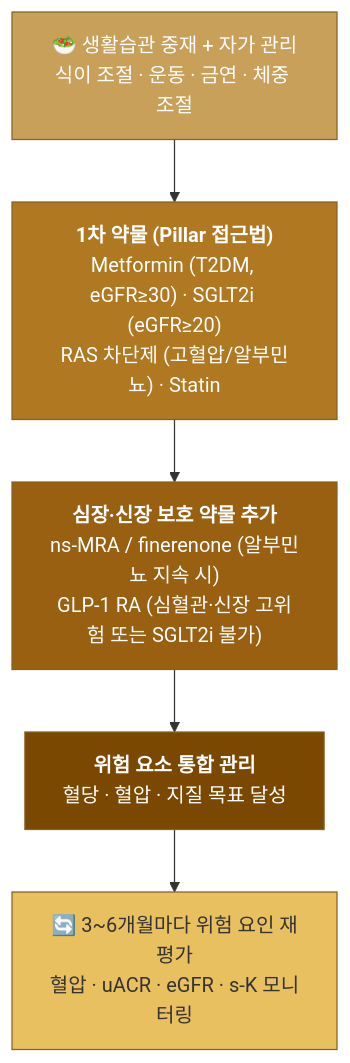
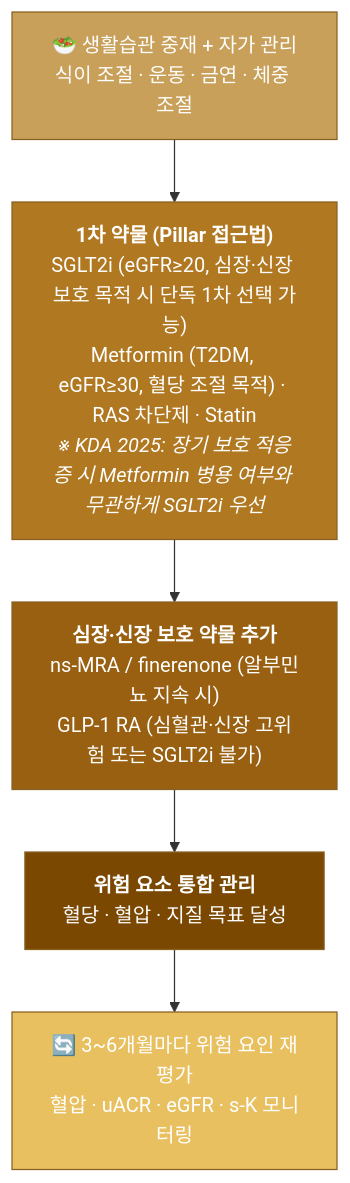
One commit to familyoh77/familyoh77 changed the first of 2 diagrams in 226_/102_-complications-of-diabetes.md. Above: the diagram before and after it, drawn with Mermaid. The commit also changed other lines of this file and 1 other file, not shown here.

````diff
--- a/226_/102_-complications-of-diabetes.md
+++ b/226_/102_-complications-of-diabetes.md
@@ -134,16 +160,16 @@
 ```mermaid
 graph TD
     A["🥗 생활습관 중재 + 자가 관리<br/>식이 조절 · 운동 · 금연 · 체중 조절"]
-    B["<b>1차 약물 (Pillar 접근법)</b><br/>Metformin (T2DM, eGFR≥30) · SGLT2i (eGFR≥20)<br/>RAS 차단제 (고혈압/알부민뇨) · Statin"]
+    B["<b>1차 약물 (Pillar 접근법)</b><br/>SGLT2i (eGFR≥20, 심장·신장 보호 목적 시 단독 1차 선택 가능)<br/>Metformin (T2DM, eGFR≥30, 혈당 조절 목적) · RAS 차단제 · Statin<br/><i>※ KDA 2025: 장기 보호 적응증 시 Metformin 병용 여부와 무관하게 SGLT2i 우선</i>"]
     C["<b>심장·신장 보호 약물 추가</b><br/>ns-MRA / finerenone (알부민뇨 지속 시)<br/>GLP-1 RA (심혈관·신장 고위험 또는 SGLT2i 불가)"]
     D["<b>위험 요소 통합 관리</b><br/>혈당 · 혈압 · 지질 목표 달성"]
     E["🔄 3~6개월마다 위험 요인 재평가<br/>혈압 · uACR · eGFR · s-K 모니터링"]
 
     A --> B --> C --> D --> E
 
     style A fill:#c8a05a,stroke:#8a6020,color:#fff
     style B fill:#b07820,stroke:#8a6020,color:#fff
     style C fill:#986010,stroke:#8a6020,color:#fff
     style D fill:#7a4800,stroke:#8a6020,color:#fff
-    style E fill:#e8c060,stroke:#8a6020,color:#333
+    style E fill:#e8c060,stroke:#8a6020,color:#fff
 ```
````
